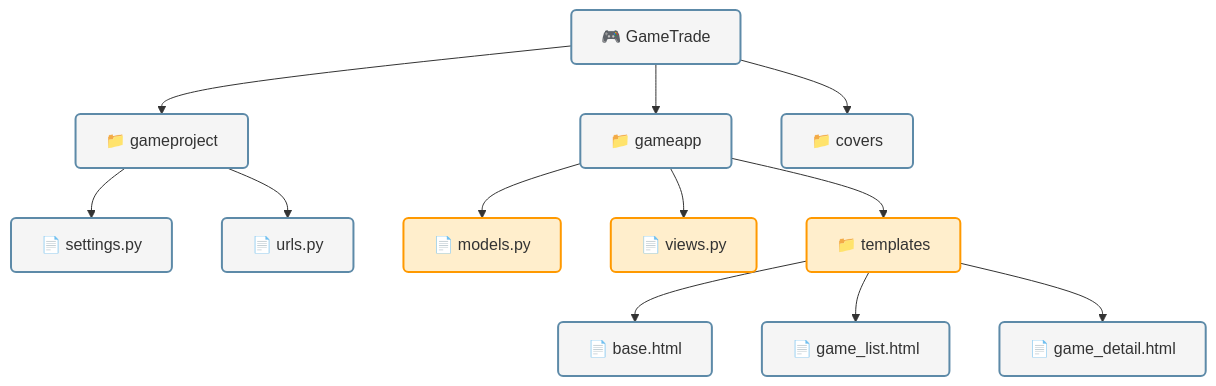
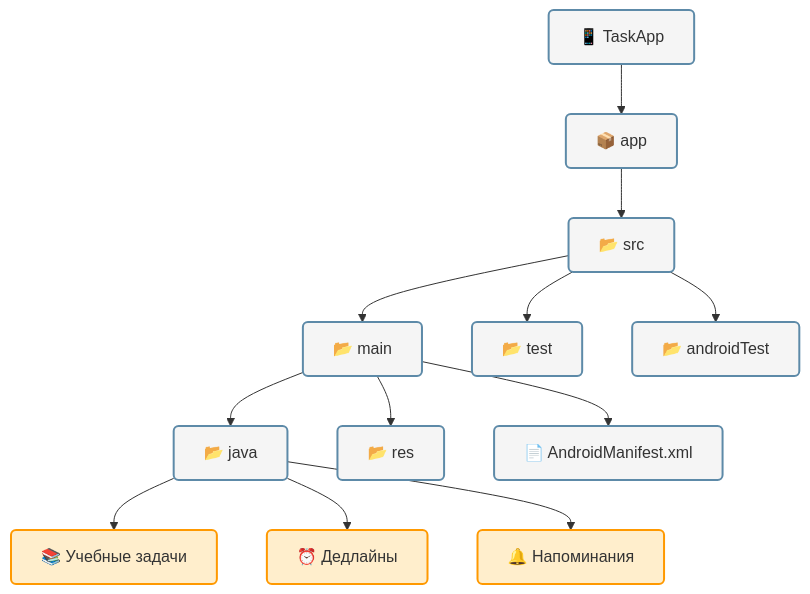
The diagram in README.md (reazonvan/TaskApp), drawn with Mermaid before and after one commit. The commit also changed other lines of this file, not shown here.

````diff
--- a/README.md
+++ b/README.md
@@ -227,23 +200,21 @@
 ```mermaid
 flowchart TD
-    A["🎮 GameTrade"] --> B["📁 gameproject"]
-    A --> C["📁 gameapp"]
-    A --> D["📁 covers"]
+    A["📱 TaskApp"] --> B["📦 app"]
+    B --> C["📂 src"]
+    C --> D["📂 main"]
+    C --> E["📂 test"]
+    C --> F["📂 androidTest"]
+    D --> G["📂 java"]
+    D --> H["📂 res"]
+    D --> I["📄 AndroidManifest.xml"]
     
-    B --> B1["📄 settings.py"]
-    B --> B2["📄 urls.py"]
-    
-    C --> C1["📄 models.py"]
-    C --> C2["📄 views.py"]
-    C --> C3["📁 templates"]
-    
-    C3 --> C31["📄 base.html"]
-    C3 --> C32["📄 game_list.html"]
-    C3 --> C33["📄 game_detail.html"]
+    G --> J["📚 Учебные задачи"]
+    G --> K["⏰ Дедлайны"]
+    G --> L["🔔 Напоминания"]
     
     classDef default fill:#f5f5f5,stroke:#5d8aa8,stroke-width:2px,color:#333,rx:5px
     classDef special fill:#ffeecc,stroke:#ff9900,stroke-width:2px,color:#333,rx:5px
     
     class A,B default
-    class C1,C2,C3 special
+    class J,K,L special
 ```
````
